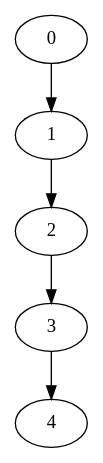
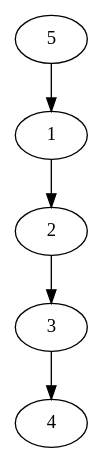
One commit to sleeepyskies/saarvive-selab23 changed the diagram in src/systemtest/resources/mapFiles/requestTestMap.dot. Above: the diagram before and after it, drawn with Graphviz. The commit also changed 27 other files, not shown here.

```diff
--- a/src/systemtest/resources/mapFiles/requestTestMap.dot
+++ b/src/systemtest/resources/mapFiles/requestTestMap.dot
@@ -1,13 +1,13 @@
 digraph G {
-	0;
+	5;
 	1;
 	2;
 	3;
 	4;
 
-	0 -> 1 [village=BikiniBottom; name=Fir_Way; heightLimit=3; weight=10; primaryType=sideStreet; secondaryType=none;];
+	5 -> 1 [village=BikiniBottom; name=Fir_Way; heightLimit=3; weight=10; primaryType=sideStreet; secondaryType=none;];
 	1 -> 2 [village=BikiniBottom; name=Valley_Road; heightLimit=3; weight=10; primaryType=sideStreet; secondaryType=none;];
 	2 -> 3 [village=BikiniBottom; name=Field_Lane; heightLimit=3; weight=10; primaryType=mainStreet; secondaryType=none;];
 	3 -> 4 [village=BikiniBottom; name=Linden_Avenue; heightLimit=3; weight=10; primaryType=mainStreet; secondaryType=none;];
 
 }
```
